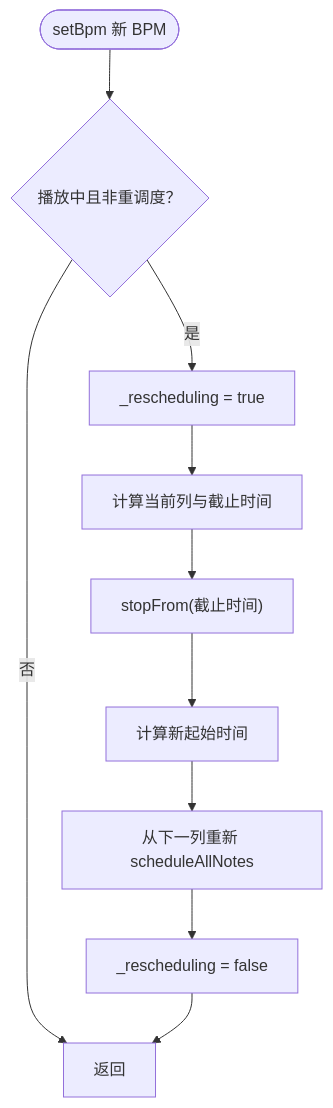
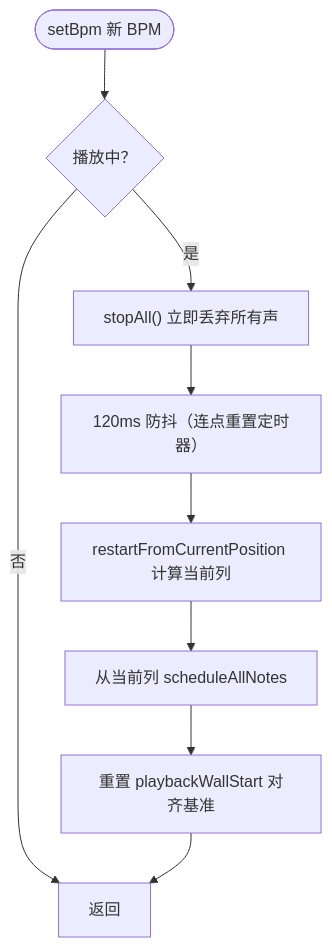
The seventh of 7 diagrams in wiki/核心架构设计/模块化设计/核心引擎模块/播放控制器.md (wingmeng/SUBOR-Music-Board), drawn with Mermaid before and after one commit. The commit also changed other lines of this file and 45 other files, not shown here.

````diff
--- a/wiki/核心架构设计/模块化设计/核心引擎模块/播放控制器.md
+++ b/wiki/核心架构设计/模块化设计/核心引擎模块/播放控制器.md
@@ -450,12 +448,11 @@
 ```mermaid
 flowchart TD
-Start(["setBpm 新 BPM"]) --> CheckPlaying{"播放中且非重调度？"}
+Start(["setBpm 新 BPM"]) --> CheckPlaying{"播放中？"}
 CheckPlaying --> |否| End["返回"]
-CheckPlaying --> |是| Mark["_rescheduling = true"]
-Mark --> CalcCur["计算当前列与截止时间"]
-CalcCur --> StopFuture["stopFrom(截止时间)"]
-StopFuture --> RecalcStart["计算新起始时间"]
-RecalcStart --> Resched["从下一列重新 scheduleAllNotes"]
-Resched --> Unmark["_rescheduling = false"]
-Unmark --> End
+CheckPlaying --> |是| StopAll["stopAll() 立即丢弃所有声"]
+StopAll --> Debounce["120ms 防抖（连点重置定时器）"]
+Debounce --> CalcCur["restartFromCurrentPosition 计算当前列"]
+CalcCur --> Resched["从当前列 scheduleAllNotes"]
+Resched --> SyncWall["重置 playbackWallStart 对齐基准"]
+SyncWall --> End
 ```
````
